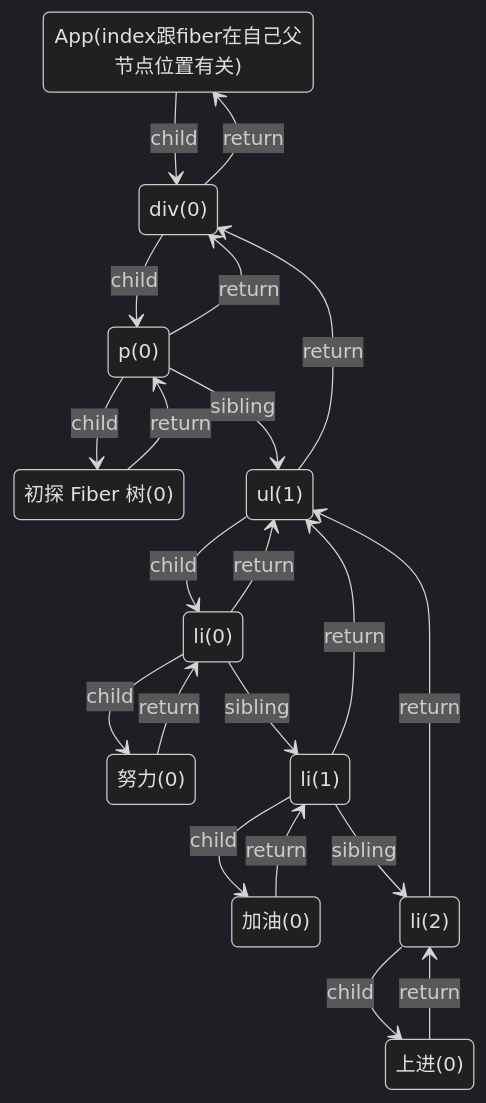
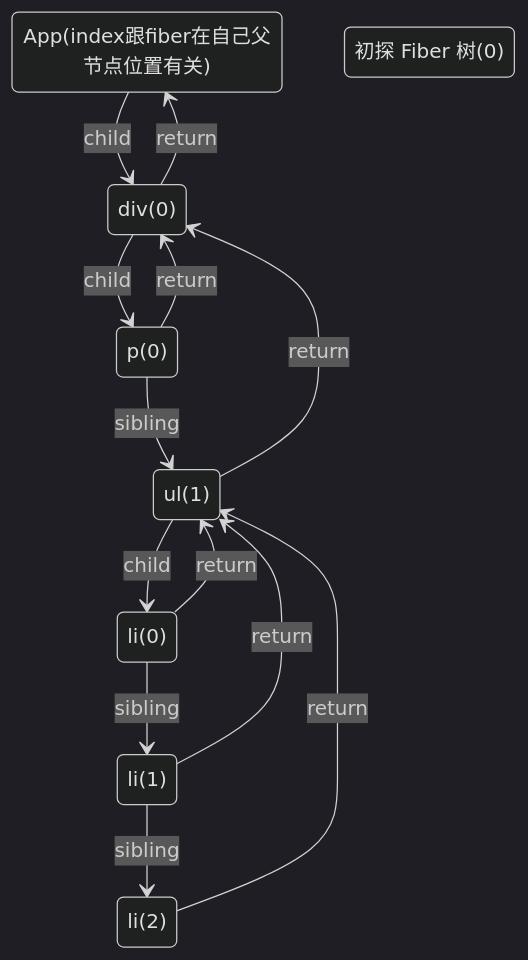
The diagram in 学习手册/Reconciler（协调器）/Fiber.md (MrArky/ReactSourceCode), drawn with Mermaid (dark theme) before and after one commit. The commit also changed other lines of this file, not shown here.

Commit message:
Update Fiber.md
修改了 Fiber 树 结构图

````diff
--- a/学习手册/Reconciler（协调器）/Fiber.md
+++ b/学习手册/Reconciler（协调器）/Fiber.md
@@ -225,30 +225,30 @@
 ``` mermaid
   stateDiagram
   App(index跟fiber在自己父节点位置有关) --> div(0) : child
   div(0) --> App(index跟fiber在自己父节点位置有关) : return
   div(0) --> p(0) : child
   string1: 初探 Fiber 树(0)
-  string2: 努力(0)
-  string3: 加油(0)
-  string4: 上进(0)
+  %% string2: 努力(0)
+  %% string3: 加油(0)
+  %% string4: 上进(0)
   li1 : li(0)
   li2 : li(1)
   li3 : li(2)
-  p(0) --> string1 : child
-  string1 --> p(0) : return
+  %% p(0) --> string1 : child
+  %% string1 --> p(0) : return
   p(0) --> ul(1) : sibling
   p(0) --> div(0) : return
   ul(1) --> li1 : child
   ul(1) --> div(0) : return
-  li1 --> string2 : child
+  %% li1 --> string2 : child
   li1 --> li2 : sibling
   li1 --> ul(1) : return
-  string2 --> li1 : return
-  li2 --> string3 : child
+  %% string2 --> li1 : return
+  %% li2 --> string3 : child
   li2 --> li3 : sibling
   li2 --> ul(1) : return
-  string3 --> li2 : return
-  li3 --> string4 : child
+  %% string3 --> li2 : return
+  %% li3 --> string4 : child
   li3 --> ul(1) : return
-  string4 --> li3 : return
+  %% string4 --> li3 : return
 ```
````
